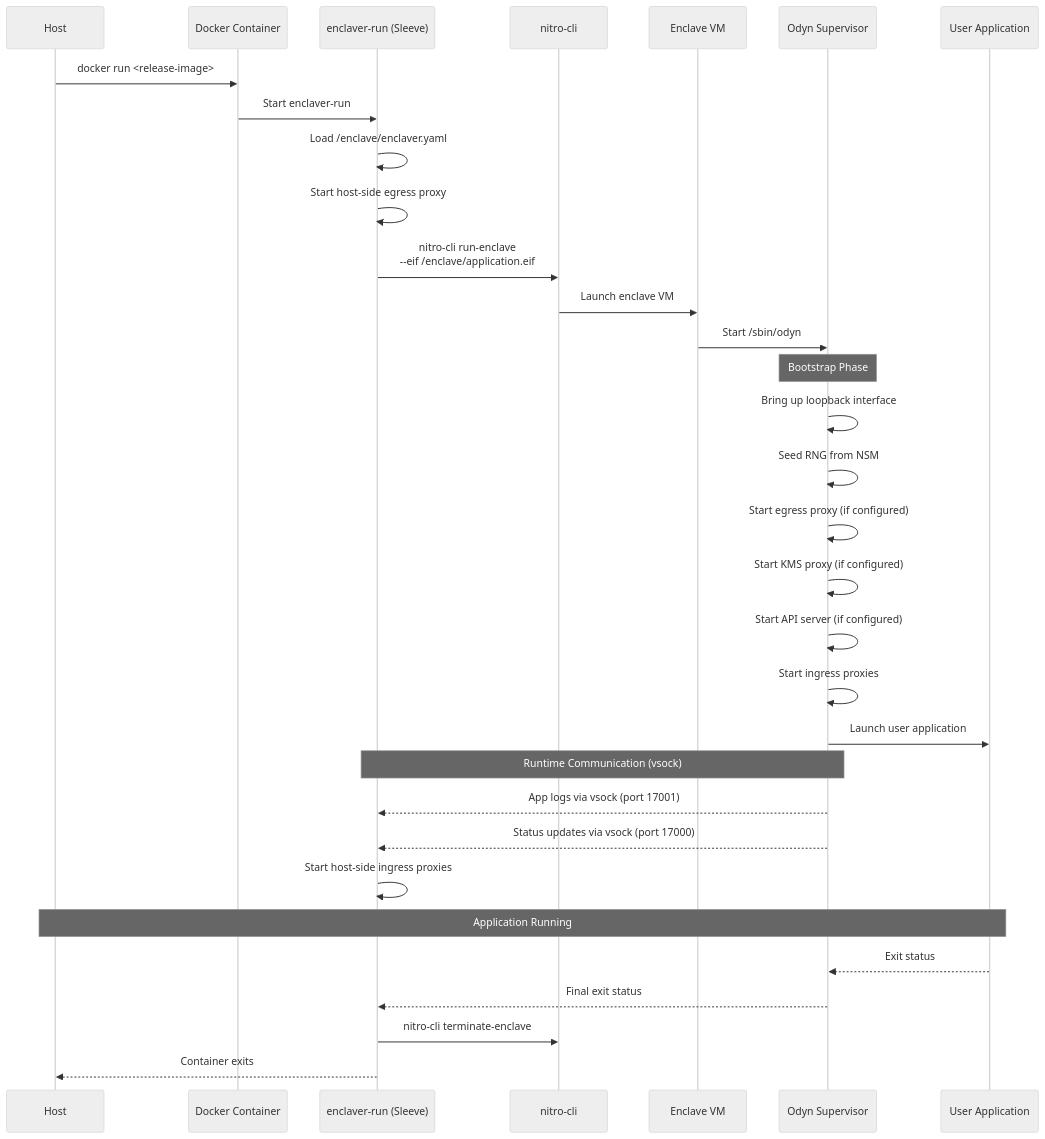
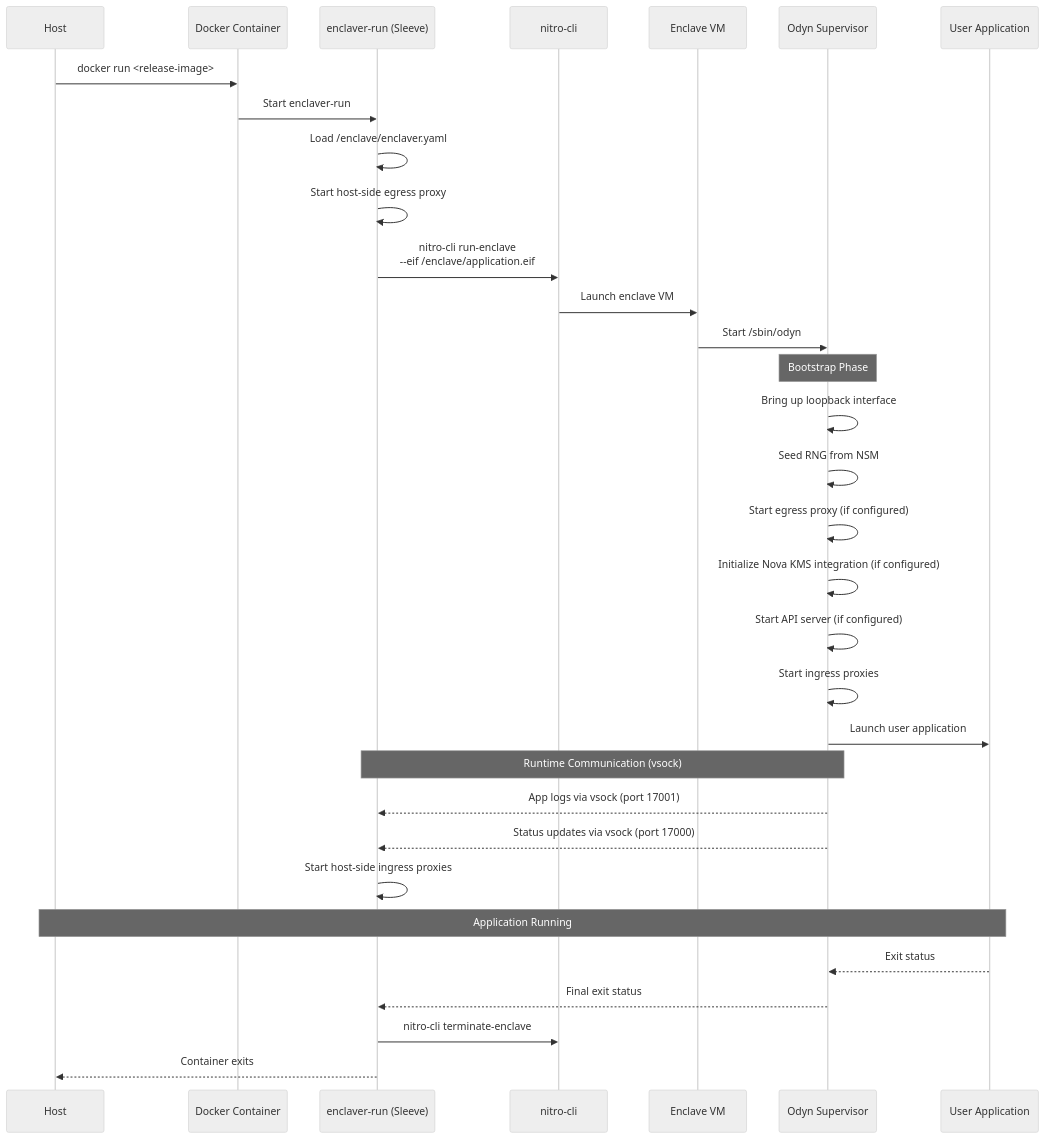
Before and after one commit to zfdang/nova-enclave-capsule: the third of 7 diagrams in docs/architecture.md, drawn with Mermaid (neutral theme). The commit also changed other lines of this file and 22 other files, not shown here.

Commit message:
remove kms-proxy, keep nova-kms only

````diff
--- a/docs/architecture.md
+++ b/docs/architecture.md
@@ -122,38 +122,38 @@
 ```mermaid
 sequenceDiagram
     participant Host
     participant Container as Docker Container
     participant Sleeve as enclaver-run (Sleeve)
     participant NitroCLI as nitro-cli
     participant Enclave as Enclave VM
     participant Odyn as Odyn Supervisor
     participant App as User Application
     
     Host->>Container: docker run <release-image>
     Container->>Sleeve: Start enclaver-run
     Sleeve->>Sleeve: Load /enclave/enclaver.yaml
     Sleeve->>Sleeve: Start host-side egress proxy
     Sleeve->>NitroCLI: nitro-cli run-enclave<br/>--eif /enclave/application.eif
     NitroCLI->>Enclave: Launch enclave VM
     Enclave->>Odyn: Start /sbin/odyn
     
     Note over Odyn: Bootstrap Phase
     Odyn->>Odyn: Bring up loopback interface
     Odyn->>Odyn: Seed RNG from NSM
     Odyn->>Odyn: Start egress proxy (if configured)
-    Odyn->>Odyn: Start KMS proxy (if configured)
+    Odyn->>Odyn: Initialize Nova KMS integration (if configured)
     Odyn->>Odyn: Start API server (if configured)
     Odyn->>Odyn: Start ingress proxies
     Odyn->>App: Launch user application
     
     Note over Sleeve,Odyn: Runtime Communication (vsock)
     Odyn-->>Sleeve: App logs via vsock (port 17001)
     Odyn-->>Sleeve: Status updates via vsock (port 17000)
     Sleeve->>Sleeve: Start host-side ingress proxies
     
     Note over Host,App: Application Running
     App-->>Odyn: Exit status
     Odyn-->>Sleeve: Final exit status
     Sleeve->>NitroCLI: nitro-cli terminate-enclave
     Sleeve-->>Host: Container exits
 ```
````
